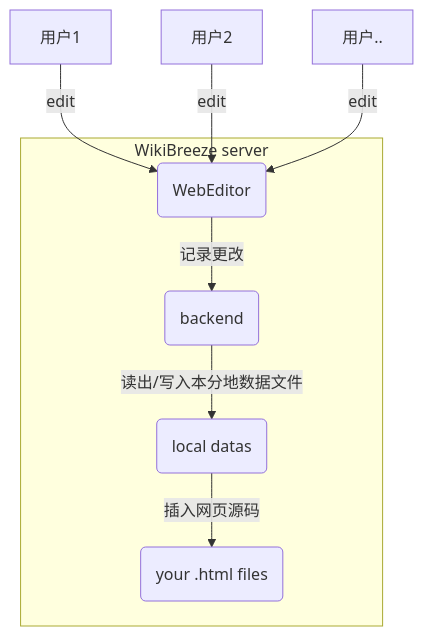
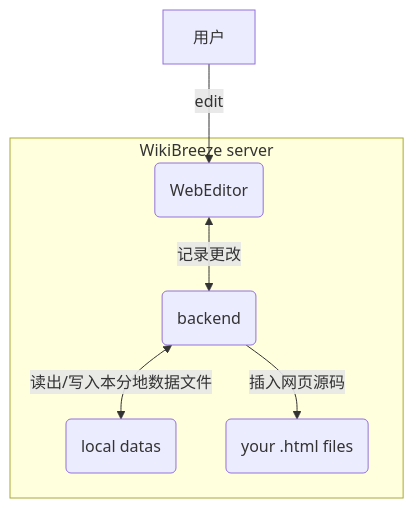
One commit to 950288/WikiBreeze changed the diagram in README_zh.md. Above: the diagram before and after it, drawn with Mermaid. The commit also changed other lines of this file and 4 other files, not shown here.

````diff
--- a/README_zh.md
+++ b/README_zh.md
@@ -78,11 +67,9 @@
 ```mermaid
 graph TB
-    用户1 --edit--> WebEditor
-    用户2 --edit--> WebEditor
-    用户.. --edit--> WebEditor
+    用户 --edit--> WebEditor
     subgraph WikiBreeze server
-        WebEditor(WebEditor) --记录更改--> backend(backend)
-        backend --读出/写入本分地数据文件--> data(local datas)
-        data --插入网页源码--> pages(your .html files)
+        WebEditor(WebEditor) <--记录更改--> backend(backend)
+        backend <--读出/写入本分地数据文件--> data(local datas)
+        backend --插入网页源码--> pages(your .html files)
     end
 ```
````
